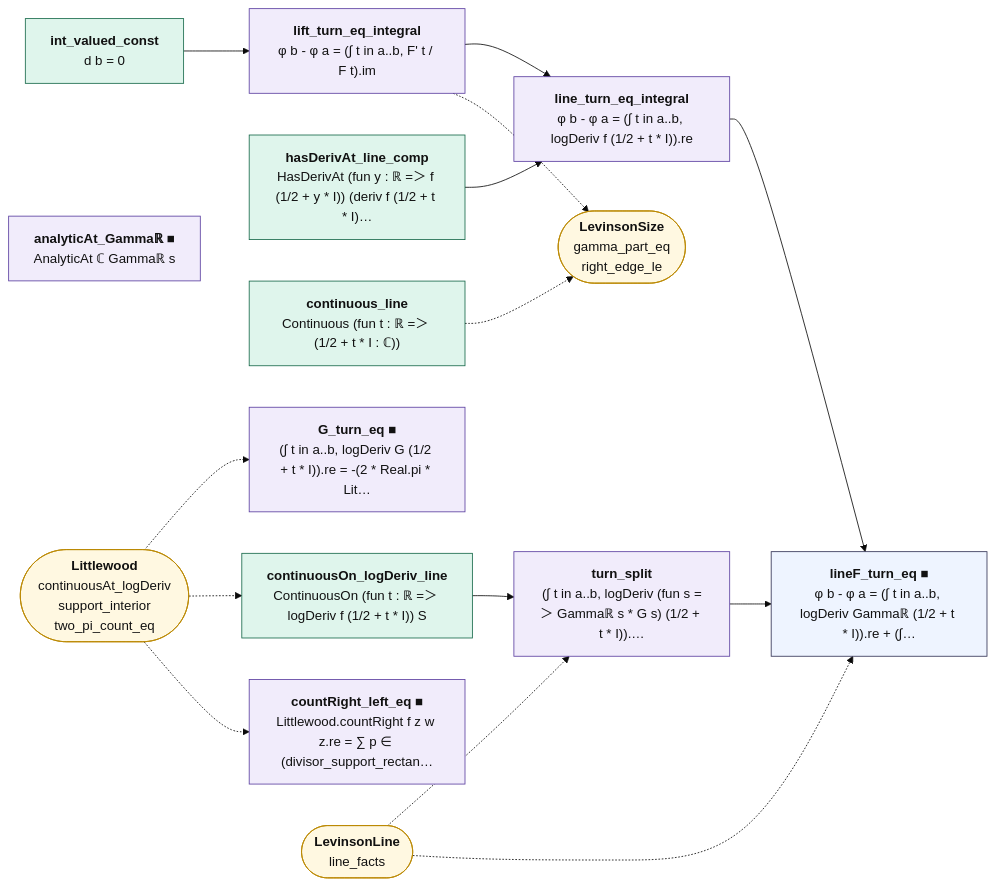
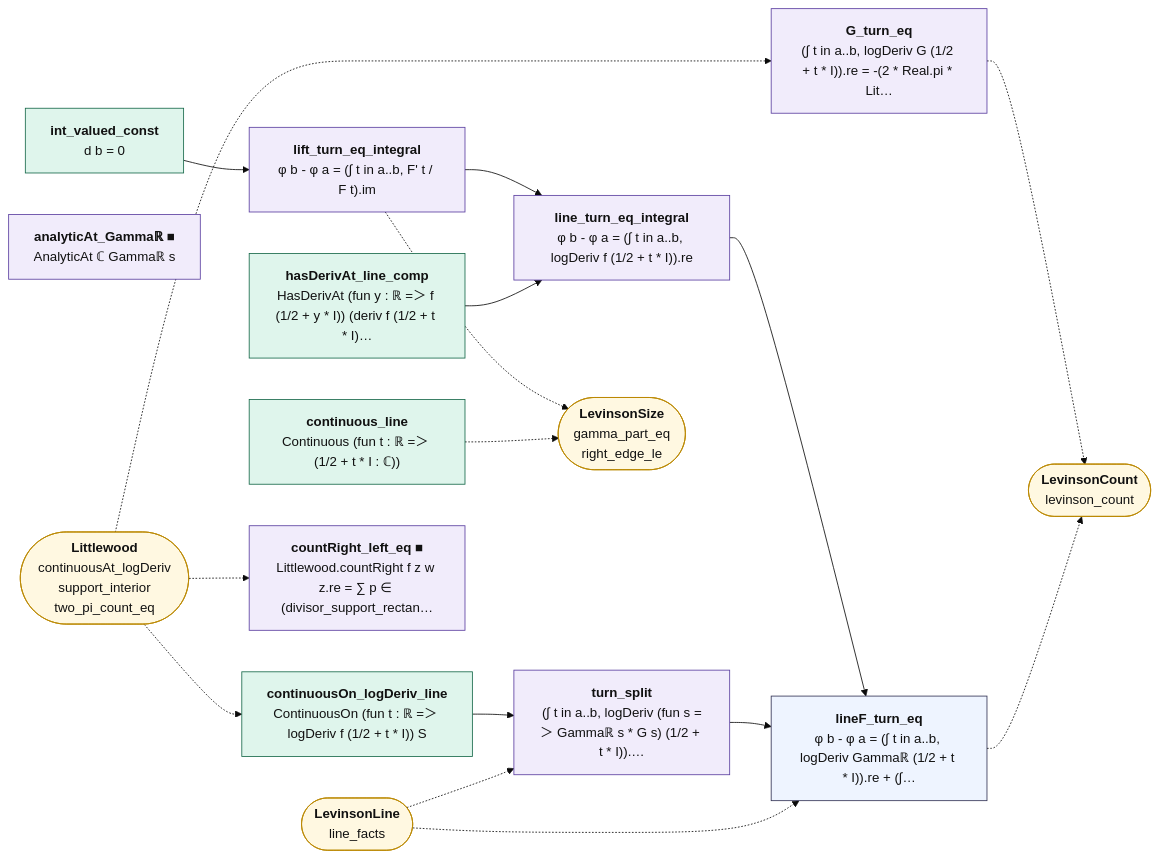
The diagram in map/lean_stage3/LevinsonTurn.mmd (juliansambranojr/Primebeat_081426), drawn with Mermaid (base theme) before and after one commit. The commit also changed 26 other files, not shown here.

```diff
--- a/map/lean_stage3/LevinsonTurn.mmd
+++ b/map/lean_stage3/LevinsonTurn.mmd
@@ -1,36 +1,39 @@
 flowchart LR
   n0["<b>int_valued_const</b><br/>d b = 0"]:::cnt
   n1["<b>lift_turn_eq_integral</b><br/>φ b - φ a = (∫ t in a..b, F' t / F t).im"]:::shp
   n2["<b>hasDerivAt_line_comp</b><br/>HasDerivAt (fun y : ℝ =＞ f (1/2 + y * I)) (deriv f (1/2 + t * I)…"]:::cnt
   n3["<b>continuous_line</b><br/>Continuous (fun t : ℝ =＞ (1/2 + t * I : ℂ))"]:::cnt
   n4["<b>line_turn_eq_integral</b><br/>φ b - φ a = (∫ t in a..b, logDeriv f (1/2 + t * I)).re"]:::shp
   n5["<b>continuousOn_logDeriv_line</b><br/>ContinuousOn (fun t : ℝ =＞ logDeriv f (1/2 + t * I)) S"]:::cnt
   n6["<b>analyticAt_Gammaℝ ■</b><br/>AnalyticAt ℂ Gammaℝ s"]:::shp
   n7["<b>turn_split</b><br/>(∫ t in a..b, logDeriv (fun s =＞ Gammaℝ s * G s) (1/2 + t * I)).…"]:::shp
-  n8["<b>lineF_turn_eq ■</b><br/>φ b - φ a = (∫ t in a..b, logDeriv Gammaℝ (1/2 + t * I)).re + (∫…"]:::thm
+  n8["<b>lineF_turn_eq</b><br/>φ b - φ a = (∫ t in a..b, logDeriv Gammaℝ (1/2 + t * I)).re + (∫…"]:::thm
   n9["<b>countRight_left_eq ■</b><br/>Littlewood.countRight f z w z.re = ∑ p ∈ (divisor_support_rectan…"]:::shp
-  n10["<b>G_turn_eq ■</b><br/>(∫ t in a..b, logDeriv G (1/2 + t * I)).re = -(2 * Real.pi * Lit…"]:::shp
+  n10["<b>G_turn_eq</b><br/>(∫ t in a..b, logDeriv G (1/2 + t * I)).re = -(2 * Real.pi * Lit…"]:::shp
   x0(["<b>LevinsonSize</b><br/>gamma_part_eq<br/>right_edge_le"]):::ext
   x1(["<b>Littlewood</b><br/>continuousAt_logDeriv<br/>support_interior<br/>two_pi_count_eq"]):::ext
   x2(["<b>LevinsonLine</b><br/>line_facts"]):::ext
+  x3(["<b>LevinsonCount</b><br/>levinson_count"]):::ext
   n0 --> n1
   n1 --> n4
   n2 --> n4
   n4 --> n8
   n5 --> n7
   n7 --> n8
   n1 -.-> x0
+  n10 -.-> x3
   n3 -.-> x0
+  n8 -.-> x3
   x1 -.-> n10
   x1 -.-> n5
   x1 -.-> n9
   x2 -.-> n7
   x2 -.-> n8
   classDef cnt fill:#dff5ec,stroke:#17694a,color:#111
   classDef shp fill:#f1ecfb,stroke:#5b3fa0,color:#111
   classDef rh fill:#ffe5e5,stroke:#c22,color:#111,stroke-width:2px
   classDef thm fill:#eef4ff,stroke:#335,color:#111
   classDef end_ fill:#e7f7e7,stroke:#2a7,color:#111,stroke-width:2px
   classDef lone fill:#fff,stroke:#999,color:#111,stroke-dasharray:4 3
   classDef bad fill:#ffe5e5,stroke:#c22,color:#111,stroke-width:2px
   classDef ext fill:#fff8e1,stroke:#b80,color:#111
```
